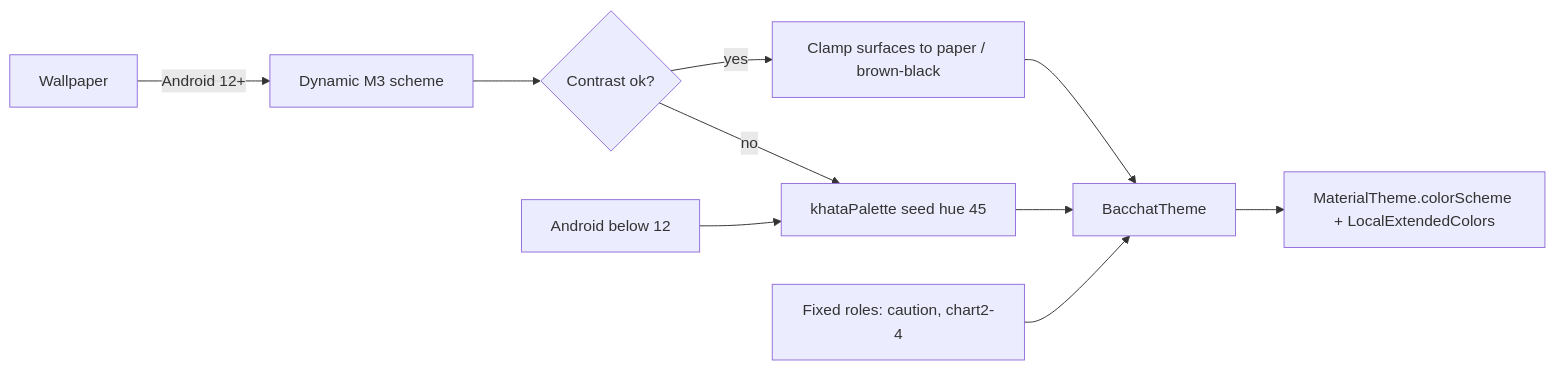
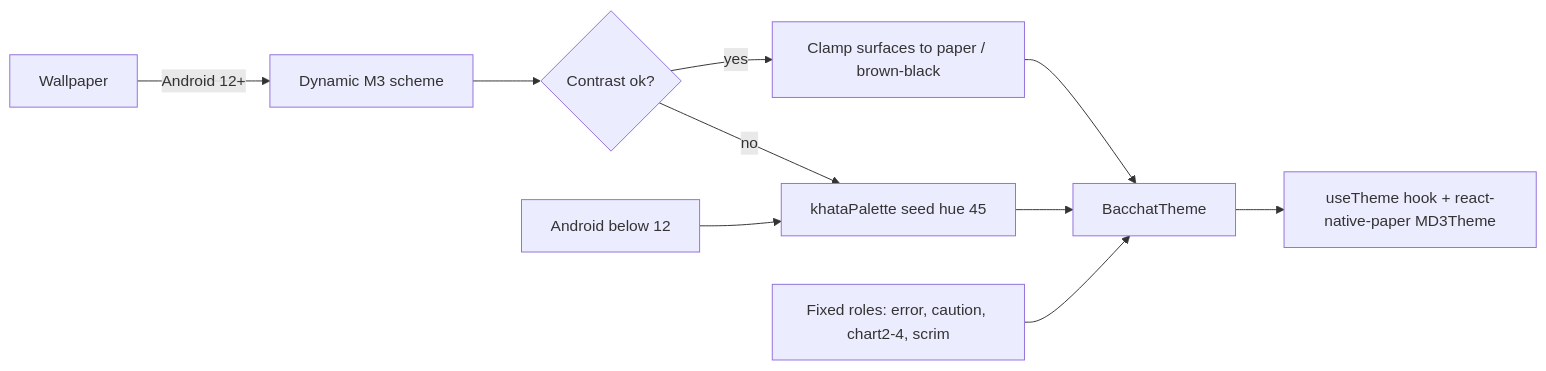
The first of 2 diagrams in docs/design-system.md (Aditya-Jyoti/bacchat), drawn with Mermaid before and after one commit. The commit also changed other lines of this file and 52 other files, not shown here.

````diff
--- a/docs/design-system.md
+++ b/docs/design-system.md
@@ -20,12 +20,12 @@
 ```mermaid
 flowchart LR
     W[Wallpaper] -->|Android 12+| D[Dynamic M3 scheme]
     D --> C{Contrast ok?}
     C -->|yes| S[Clamp surfaces to paper / brown-black]
     C -->|no| F[khataPalette seed hue 45]
     N[Android below 12] --> F
     S --> T[BacchatTheme]
     F --> T
-    X[Fixed roles: caution, chart2-4] --> T
-    T --> M[MaterialTheme.colorScheme + LocalExtendedColors]
+    X[Fixed roles: error, caution, chart2-4, scrim] --> T
+    T --> M[useTheme hook + react-native-paper MD3Theme]
 ```
````
